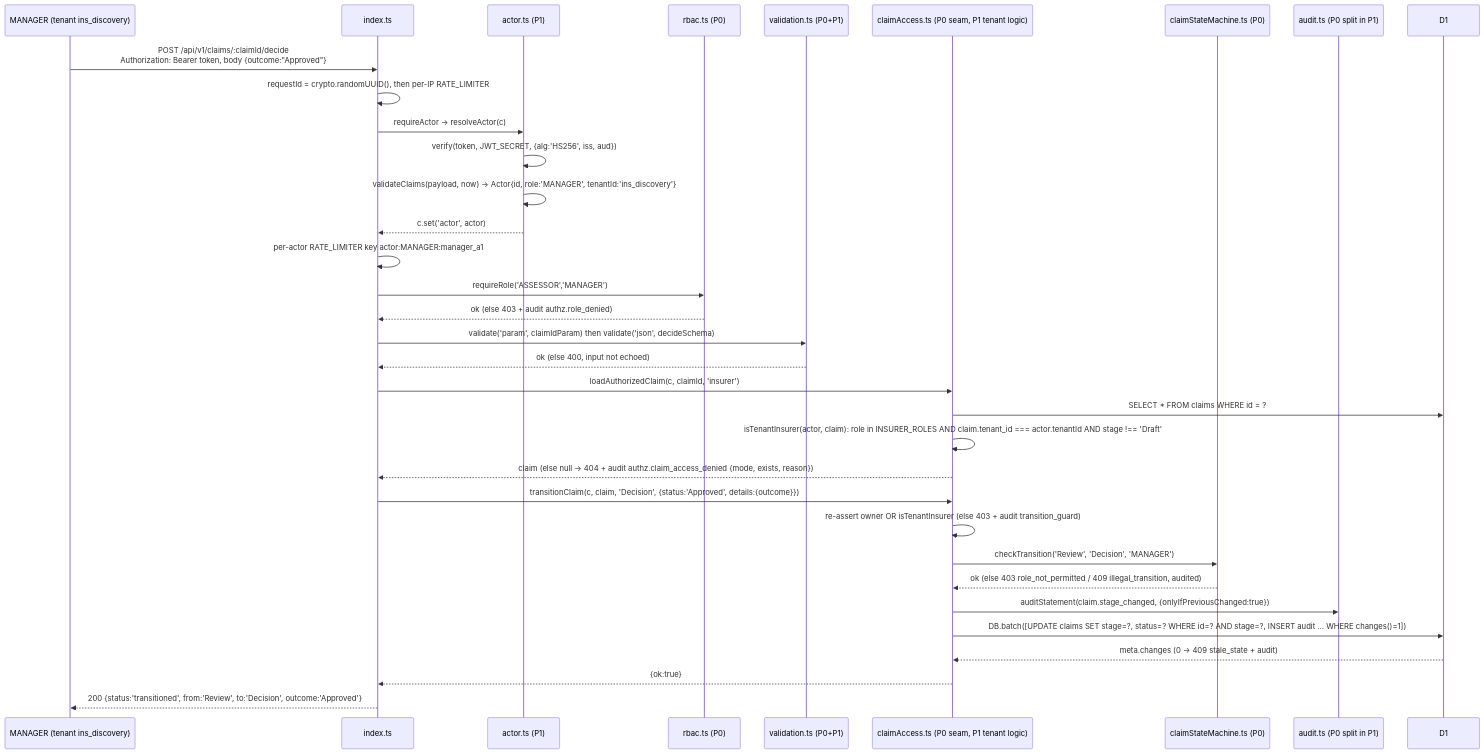
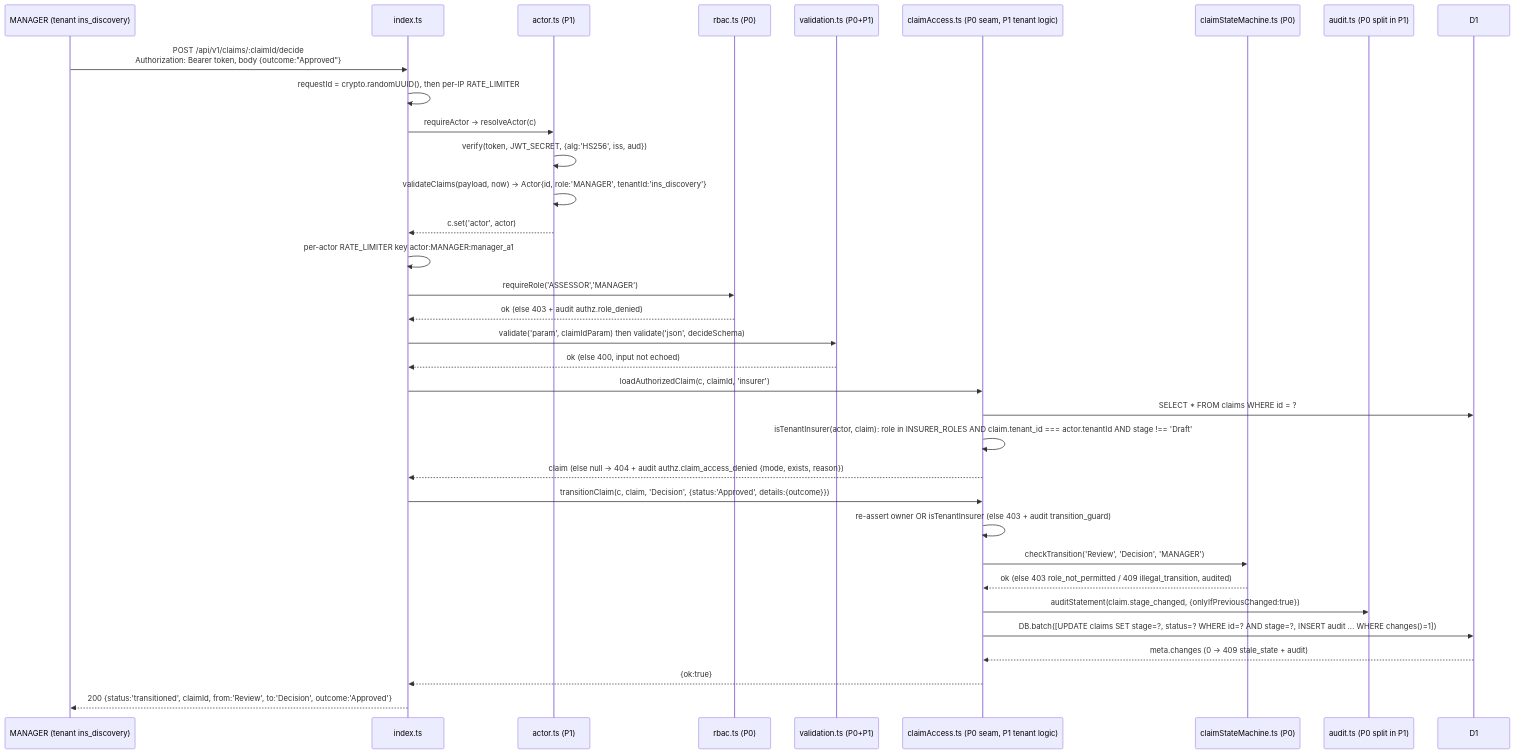
One commit to MainMethod26/Easy-Claim changed the third of 3 diagrams in docs/phase-reports/PHASE_00_TO_PHASE_01.md. Above: the diagram before and after it, drawn with Mermaid. The commit also changed other lines of this file and 26 other files, not shown here.

````diff
--- a/docs/phase-reports/PHASE_00_TO_PHASE_01.md
+++ b/docs/phase-reports/PHASE_00_TO_PHASE_01.md
@@ -203,37 +205,37 @@
 ```mermaid
 sequenceDiagram
     participant M as MANAGER (tenant ins_discovery)
     participant IX as index.ts
     participant AC as actor.ts (P1)
     participant RB as rbac.ts (P0)
     participant VA as validation.ts (P0+P1)
     participant CA as claimAccess.ts (P0 seam, P1 tenant logic)
     participant SM as claimStateMachine.ts (P0)
     participant AU as audit.ts (P0 split in P1)
     participant DB as D1
 
     M->>IX: POST /api/v1/claims/:claimId/decide<br/>Authorization: Bearer token, body {outcome:"Approved"}
     IX->>IX: requestId = crypto.randomUUID(), then per-IP RATE_LIMITER
     IX->>AC: requireActor -> resolveActor(c)
     AC->>AC: verify(token, JWT_SECRET, {alg:'HS256', iss, aud})
     AC->>AC: validateClaims(payload, now) -> Actor{id, role:'MANAGER', tenantId:'ins_discovery'}
     AC-->>IX: c.set('actor', actor)
     IX->>IX: per-actor RATE_LIMITER key actor:MANAGER:manager_a1
     IX->>RB: requireRole('ASSESSOR','MANAGER')
     RB-->>IX: ok (else 403 + audit authz.role_denied)
     IX->>VA: validate('param', claimIdParam) then validate('json', decideSchema)
     VA-->>IX: ok (else 400, input not echoed)
     IX->>CA: loadAuthorizedClaim(c, claimId, 'insurer')
     CA->>DB: SELECT * FROM claims WHERE id = ?
     CA->>CA: isTenantInsurer(actor, claim): role in INSURER_ROLES AND claim.tenant_id === actor.tenantId AND stage !== 'Draft'
     CA-->>IX: claim (else null -> 404 + audit authz.claim_access_denied {mode, exists, reason})
     IX->>CA: transitionClaim(c, claim, 'Decision', {status:'Approved', details:{outcome}})
     CA->>CA: re-assert owner OR isTenantInsurer (else 403 + audit transition_guard)
     CA->>SM: checkTransition('Review', 'Decision', 'MANAGER')
     SM-->>CA: ok (else 403 role_not_permitted / 409 illegal_transition, audited)
     CA->>AU: auditStatement(claim.stage_changed, {onlyIfPreviousChanged:true})
     CA->>DB: DB.batch([UPDATE claims SET stage=?, status=? WHERE id=? AND stage=?, INSERT audit ... WHERE changes()=1])
     DB-->>CA: meta.changes (0 -> 409 stale_state + audit)
     CA-->>IX: {ok:true}
-    IX-->>M: 200 {status:'transitioned', from:'Review', to:'Decision', outcome:'Approved'}
+    IX-->>M: 200 {status:'transitioned', claimId, from:'Review', to:'Decision', outcome:'Approved'}
 ```
````
